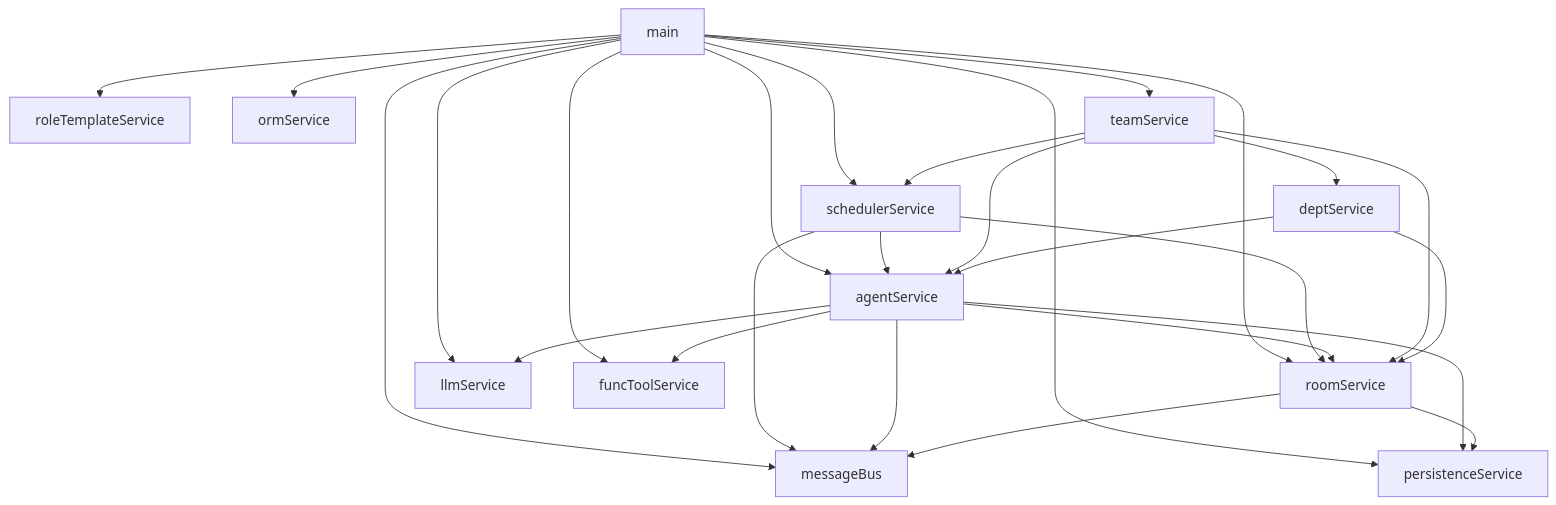
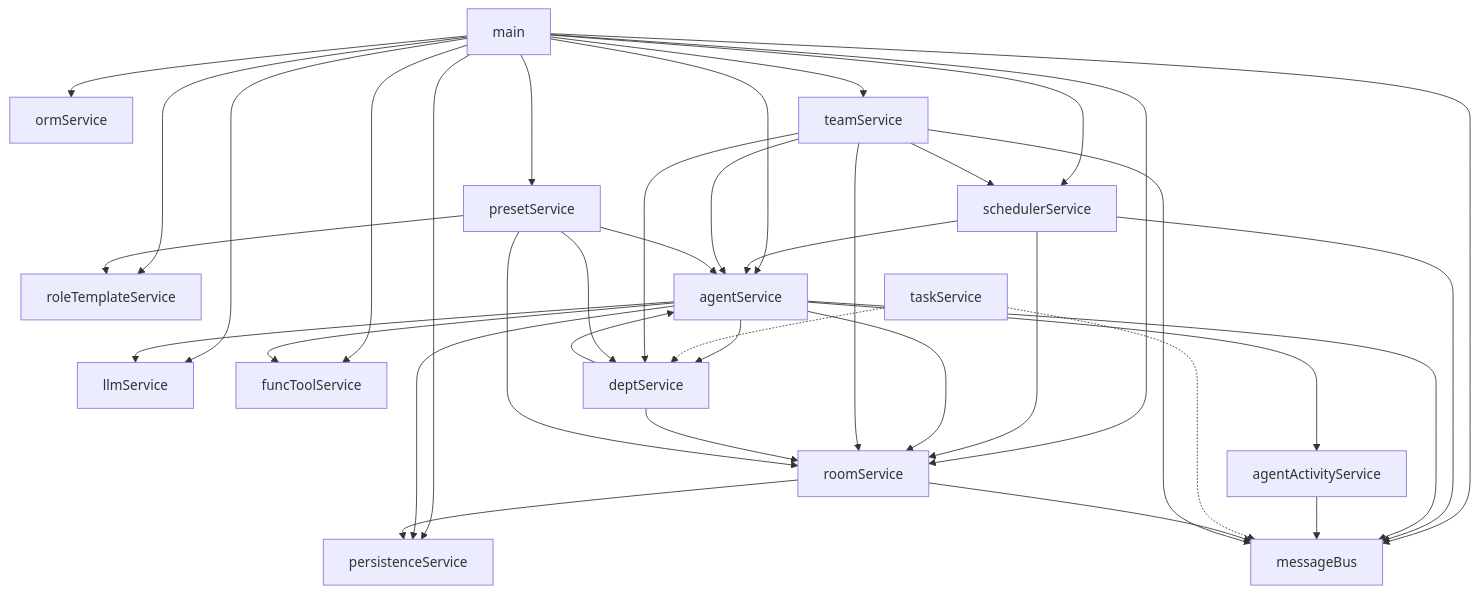
One commit to alexazhou/TogoSpace changed the diagram in docs/tech/01_architecture/service_dependencies.md. Above: the diagram before and after it, drawn with Mermaid. The commit also changed other lines of this file and 3 other files, not shown here.

````diff
--- a/docs/tech/01_architecture/service_dependencies.md
+++ b/docs/tech/01_architecture/service_dependencies.md
@@ -3,34 +3,48 @@
 ```mermaid
 graph TD
     main --> roleTemplateService
+    main --> presetService
     main --> agentService
     main --> roomService
     main --> schedulerService
     main --> llmService
     main --> funcToolService
     main --> messageBus
     main --> persistenceService
     main --> ormService
     main --> teamService
 
     schedulerService --> agentService
     schedulerService --> roomService
     schedulerService --> messageBus
 
     agentService --> llmService
     agentService --> roomService
     agentService --> funcToolService
     agentService --> persistenceService
     agentService --> messageBus
+    agentService --> deptService
+    agentService --> agentActivityService
+
+    agentActivityService --> messageBus
+
+    taskService -.-> deptService
+    taskService -.-> messageBus
 
     roomService --> messageBus
     roomService --> persistenceService
 
     teamService --> deptService
     teamService --> agentService
     teamService --> roomService
     teamService --> schedulerService
+    teamService --> messageBus
 
     deptService --> roomService
     deptService --> agentService
+
+    presetService --> agentService
+    presetService --> deptService
+    presetService --> roleTemplateService
+    presetService --> roomService
 ```
````
